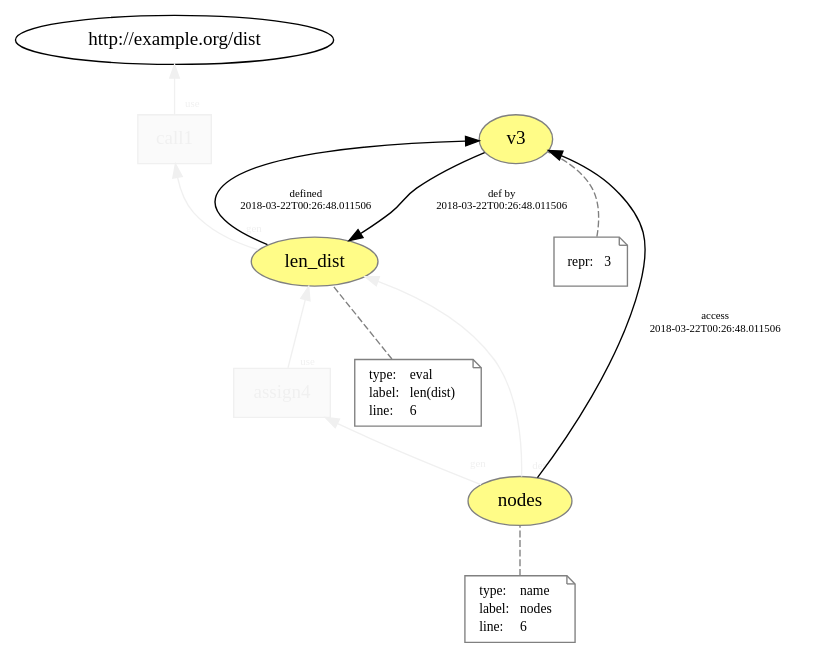
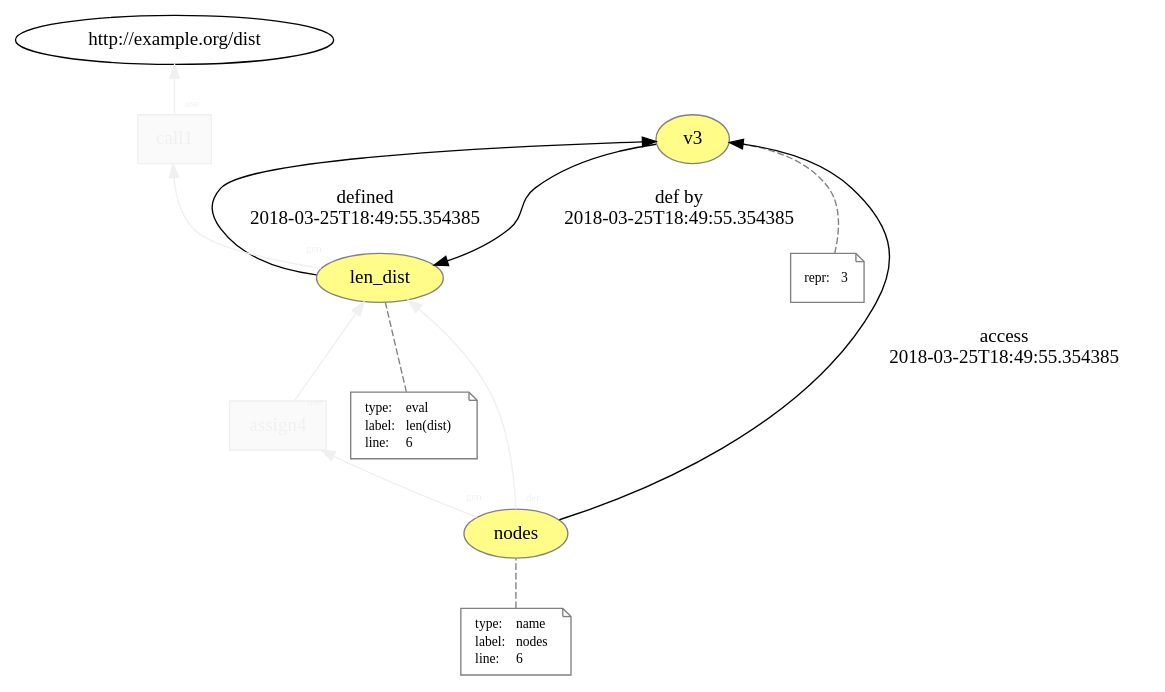
The diagram in generated/mutable_prov/temp/L6__func_call__assign.dot (dew-uff/versioned-prov), drawn with Graphviz before and after one commit. The commit also changed 975 other files, not shown here.

```diff
--- a/generated/mutable_prov/temp/L6__func_call__assign.dot
+++ b/generated/mutable_prov/temp/L6__func_call__assign.dot
@@ -1,55 +1,55 @@
 digraph "PROV" { size="16,12"; rankdir="BT";
 "http://example.org/len_dist" [fillcolor="#FFFC87",color="#808080",style="filled",label="len_dist",URL="http://example.org/len_dist"]
-"-attrs0" [color="gray",shape="note",fontsize="10",fontcolor="black",label=<<TABLE cellpadding="0" border="0">
+"http://example.org/len_dist-attrs" [color="gray",shape="note",fontsize="10",fontcolor="black",label=<<TABLE cellpadding="0" border="0">
 	<TR>
 	    <TD align="left">type:</TD>
 	    <TD align="left">eval</TD>
 	</TR>
 	<TR>
 	    <TD align="left">label:</TD>
 	    <TD align="left">len(dist)</TD>
 	</TR>
 	<TR>
 	    <TD align="left">line:</TD>
 	    <TD align="left">6</TD>
 	</TR>
 </TABLE>>]
-"-attrs0" -> "http://example.org/len_dist" [color="gray",style="dashed",arrowhead="none"]
+"http://example.org/len_dist-attrs" -> "http://example.org/len_dist" [color="gray",style="dashed",arrowhead="none"]
 "http://example.org/v3" [fillcolor="#FFFC87",color="#808080",style="filled",label="v3",URL="http://example.org/v3"]
-"-attrs1" [color="gray",shape="note",fontsize="10",fontcolor="black",label=<<TABLE cellpadding="0" border="0">
+"http://example.org/v3-attrs" [color="gray",shape="note",fontsize="10",fontcolor="black",label=<<TABLE cellpadding="0" border="0">
 	<TR>
 	    <TD align="left">repr:</TD>
 	    <TD align="left">3</TD>
 	</TR>
 </TABLE>>]
-"-attrs1" -> "http://example.org/v3" [color="gray",style="dashed",arrowhead="none"]
-"http://example.org/len_dist" -> "http://example.org/v3" [fontsize="8",distance="1.5",angle="60.0",rotation="20",label="defined
-2018-03-22T00:26:48.011506"]
-"http://example.org/v3" -> "http://example.org/len_dist" [fontsize="8",distance="1.5",angle="60.0",rotation="20",label="def by
-2018-03-22T00:26:48.011506"]
+"http://example.org/v3-attrs" -> "http://example.org/v3" [color="gray",style="dashed",arrowhead="none"]
+"http://example.org/len_dist" -> "http://example.org/v3" [fontsize="14",distance="1.5",angle="60.0",rotation="20",label="defined
+2018-03-25T18:49:55.354385"]
+"http://example.org/v3" -> "http://example.org/len_dist" [fontsize="14",distance="1.5",angle="60.0",rotation="20",label="def by
+2018-03-25T18:49:55.354385"]
 "http://example.org/call1" [fillcolor="#FAFAFA",color="#F0F0F0",shape="polygon",sides="4",style="filled",fontcolor="#F0F0F0",label="call1",URL="http://example.org/call1"]
 "http://example.org/call1" -> "http://example.org/dist" [labelfontsize="8",labeldistance="1.5",labelangle="60.0",rotation="20",taillabel="use",fontcolor="#F0F0F0",color="#F0F0F0"]
 "http://example.org/len_dist" -> "http://example.org/call1" [labelfontsize="8",labeldistance="1.5",labelangle="60.0",rotation="20",taillabel="gen",fontcolor="#F0F0F0",color="#F0F0F0"]
 "http://example.org/nodes" [fillcolor="#FFFC87",color="#808080",style="filled",label="nodes",URL="http://example.org/nodes"]
-"-attrs2" [color="gray",shape="note",fontsize="10",fontcolor="black",label=<<TABLE cellpadding="0" border="0">
+"http://example.org/nodes-attrs" [color="gray",shape="note",fontsize="10",fontcolor="black",label=<<TABLE cellpadding="0" border="0">
 	<TR>
 	    <TD align="left">type:</TD>
 	    <TD align="left">name</TD>
 	</TR>
 	<TR>
 	    <TD align="left">label:</TD>
 	    <TD align="left">nodes</TD>
 	</TR>
 	<TR>
 	    <TD align="left">line:</TD>
 	    <TD align="left">6</TD>
 	</TR>
 </TABLE>>]
-"-attrs2" -> "http://example.org/nodes" [color="gray",style="dashed",arrowhead="none"]
-"http://example.org/nodes" -> "http://example.org/v3" [fontsize="8",distance="1.5",angle="60.0",rotation="20",label="access
-2018-03-22T00:26:48.011506"]
+"http://example.org/nodes-attrs" -> "http://example.org/nodes" [color="gray",style="dashed",arrowhead="none"]
+"http://example.org/nodes" -> "http://example.org/v3" [fontsize="14",distance="1.5",angle="60.0",rotation="20",label="access
+2018-03-25T18:49:55.354385"]
 "http://example.org/assign4" [fillcolor="#FAFAFA",color="#F0F0F0",shape="polygon",sides="4",style="filled",fontcolor="#F0F0F0",label="assign4",URL="http://example.org/assign4"]
 "http://example.org/nodes" -> "http://example.org/len_dist" [labelfontsize="8",labeldistance="1.5",labelangle="60.0",rotation="20",taillabel="der",fontcolor="#F0F0F0",color="#F0F0F0"]
 "http://example.org/assign4" -> "http://example.org/len_dist" [labelfontsize="8",labeldistance="1.5",labelangle="60.0",rotation="20",taillabel="use",fontcolor="#F0F0F0",color="#F0F0F0"]
 "http://example.org/nodes" -> "http://example.org/assign4" [labelfontsize="8",labeldistance="1.5",labelangle="60.0",rotation="20",taillabel="gen",fontcolor="#F0F0F0",color="#F0F0F0"]
 }
```
